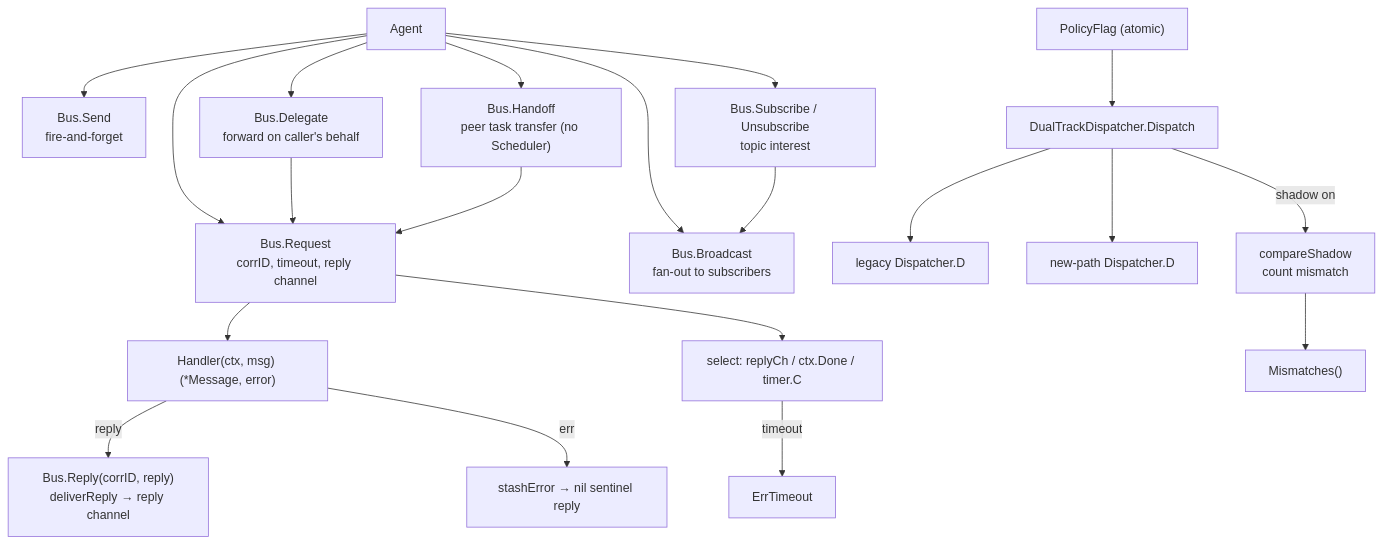
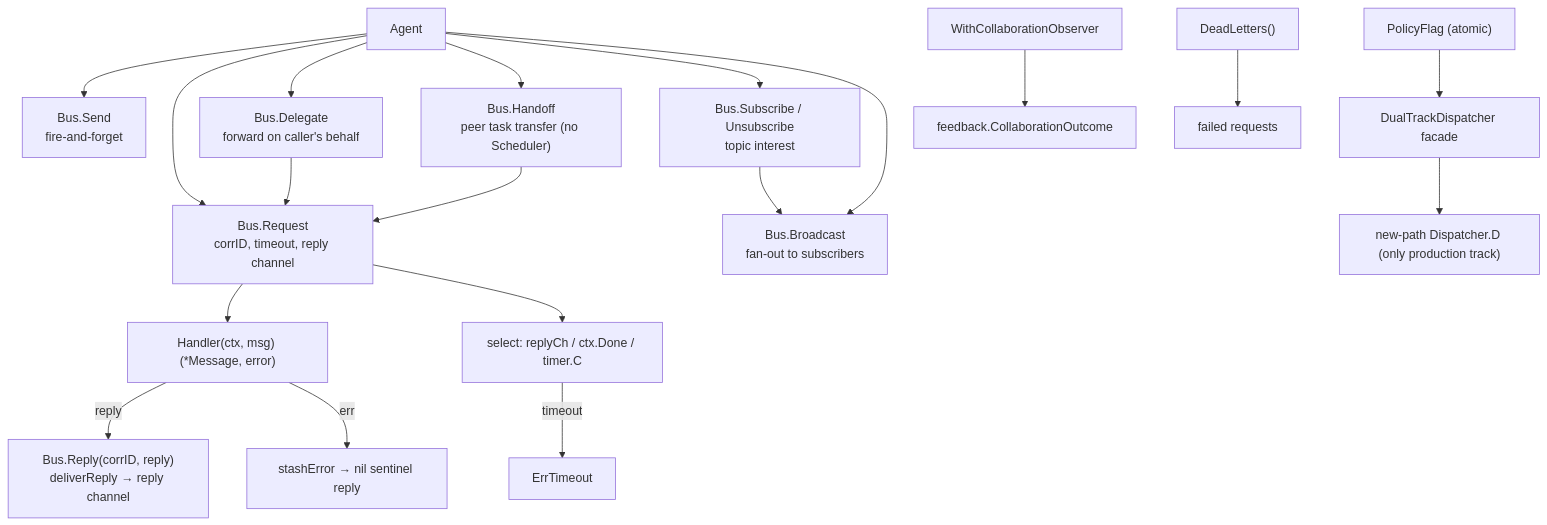
Before and after one commit to Timwood0x10/ARES_Docs: the diagram in content/modules/agentipc.en.md, drawn with Mermaid. The commit also changed other lines of this file and 75 other files, not shown here.

Commit message:
docs(architecture): Update runtime layering and ARES Kernel documentation

````diff
--- a/content/modules/agentipc.en.md
+++ b/content/modules/agentipc.en.md
@@ -56,22 +54,21 @@
 ```mermaid
 flowchart TD
     AG["Agent"] --> SND["Bus.Send<br/>fire-and-forget"]
     AG --> REQ["Bus.Request<br/>corrID, timeout, reply channel"]
     AG --> DLG["Bus.Delegate<br/>forward on caller's behalf"]
     AG --> HND["Bus.Handoff<br/>peer task transfer (no Scheduler)"]
     AG --> SUB["Bus.Subscribe / Unsubscribe<br/>topic interest"]
     AG --> BCT["Bus.Broadcast<br/>fan-out to subscribers"]
     REQ --> HNDL["Handler(ctx, msg) (*Message, error)"]
     HNDL -- reply --> RPL["Bus.Reply(corrID, reply)<br/>deliverReply → reply channel"]
     HNDL -- err --> STH["stashError → nil sentinel reply"]
     REQ --> SEL["select: replyCh / ctx.Done / timer.C"]
     SEL -- timeout --> TO["ErrTimeout"]
     DLG --> REQ
     HND --> REQ
     SUB --> BCT
-    PF["PolicyFlag (atomic)"] --> DTD["DualTrackDispatcher.Dispatch"]
-    DTD --> LEG["legacy Dispatcher.D"]
-    DTD --> NEW["new-path Dispatcher.D"]
-    DTD -- shadow on --> CMP["compareShadow<br/>count mismatch"]
-    CMP --> MS["Mismatches()"]
+    PF["PolicyFlag (atomic)"] --> DTD["DualTrackDispatcher facade"]
+    DTD --> NEW["new-path Dispatcher.D (only production track)"]
+    OBS["WithCollaborationObserver"] --> FB["feedback.CollaborationOutcome"]
+    DL["DeadLetters()"] --> DLS["failed requests"]
 ```
````
